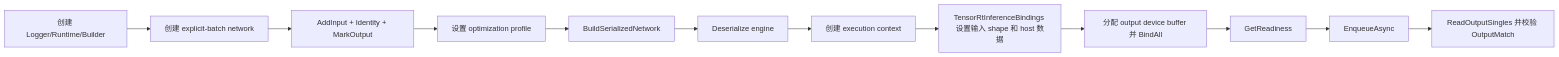
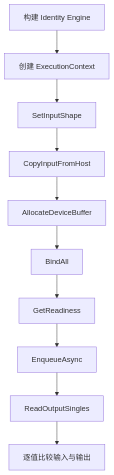
One commit to guojin-yan/TensorRT-CSharp-API changed the diagram in docs/articles/zh-cn/inference-bindings-tutorial.md. Above: the diagram before and after it, drawn with Mermaid. The commit also changed other lines of this file and 5 other files, not shown here.

Commit message:
docs: add InferenceBindings runtime walkthrough

````diff
--- a/docs/articles/zh-cn/inference-bindings-tutorial.md
+++ b/docs/articles/zh-cn/inference-bindings-tutorial.md
@@ -40,14 +64,12 @@
 ```mermaid
-flowchart LR
-  A["创建 Logger/Runtime/Builder"] --> B["创建 explicit-batch network"]
-  B --> C["AddInput + Identity + MarkOutput"]
-  C --> D["设置 optimization profile"]
-  D --> E["BuildSerializedNetwork"]
-  E --> F["Deserialize engine"]
-  F --> G["创建 execution context"]
-  G --> H["TensorRtInferenceBindings 设置输入 shape 和 host 数据"]
-  H --> I["分配 output device buffer 并 BindAll"]
-  I --> J["GetReadiness"]
-  J --> K["EnqueueAsync"]
-  K --> L["ReadOutputSingles 并校验 OutputMatch"]
+flowchart TD
+  A["构建 Identity Engine"] --> B["创建 ExecutionContext"]
+  B --> C["SetInputShape"]
+  C --> D["CopyInputFromHost"]
+  D --> E["AllocateDeviceBuffer"]
+  E --> F["BindAll"]
+  F --> G["GetReadiness"]
+  G --> H["EnqueueAsync"]
+  H --> I["ReadOutputSingles"]
+  I --> J["逐值比较输入与输出"]
 ```
````
